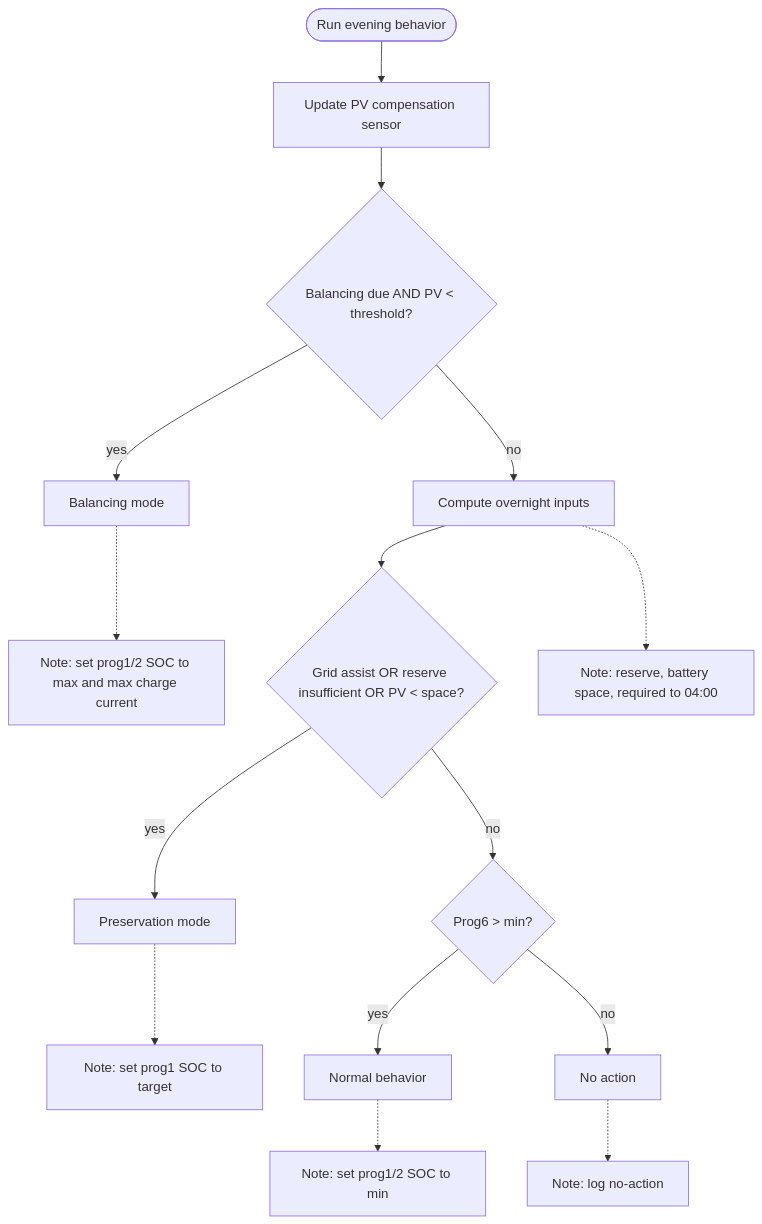
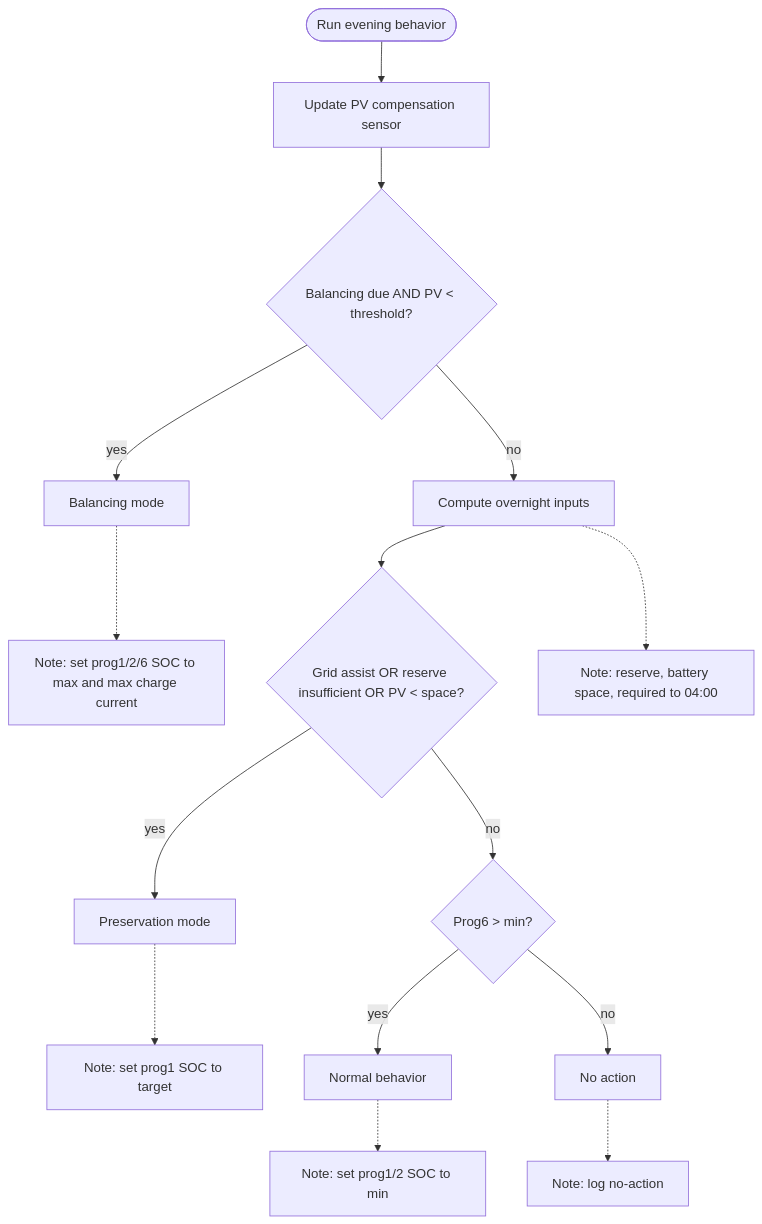
The diagram in docs/Evening_Behavior_Action.md (plebann/EnergyOptimizer), drawn with Mermaid before and after one commit. The commit also changed other lines of this file and 2 other files, not shown here.

First line of the commit message:
feat(evening): set Program 6 during balancing and restore it to min_soc (#104)

````diff
--- a/docs/Evening_Behavior_Action.md
+++ b/docs/Evening_Behavior_Action.md
@@ -35,17 +35,17 @@
 ```mermaid
 flowchart TD
 	EB_start([Run evening behavior]) --> EB_comp[Update PV compensation sensor]
 	EB_comp --> EB_balance{Balancing due AND PV < threshold?}
 	EB_balance -->|yes| EB_balancing[Balancing mode]
 	EB_balance -->|no| EB_inputs[Compute overnight inputs]
 	EB_inputs --> EB_preserve{Grid assist OR reserve insufficient OR PV < space?}
 	EB_preserve -->|yes| EB_freeze[Preservation mode]
 	EB_preserve -->|no| EB_restore{Prog6 > min?}
 	EB_restore -->|yes| EB_normal[Normal behavior]
 	EB_restore -->|no| EB_no_action[No action]
-	EB_balancing -.-> EB_balancing_note[Note: set prog1/2 SOC to max and max charge current]
+	EB_balancing -.-> EB_balancing_note[Note: set prog1/2/6 SOC to max and max charge current]
 	EB_inputs -.-> EB_inputs_note[Note: reserve, battery space, required to 04:00]
 	EB_freeze -.-> EB_freeze_note[Note: set prog1 SOC to target]
 	EB_normal -.-> EB_normal_note[Note: set prog1/2 SOC to min]
 	EB_no_action -.-> EB_no_action_note[Note: log no-action]
 ```
````
